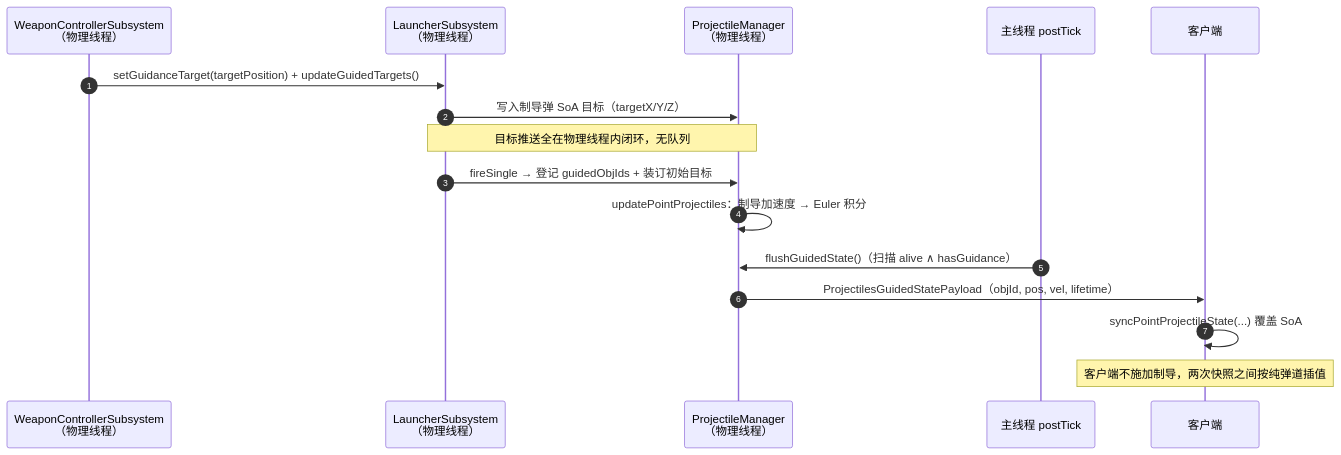
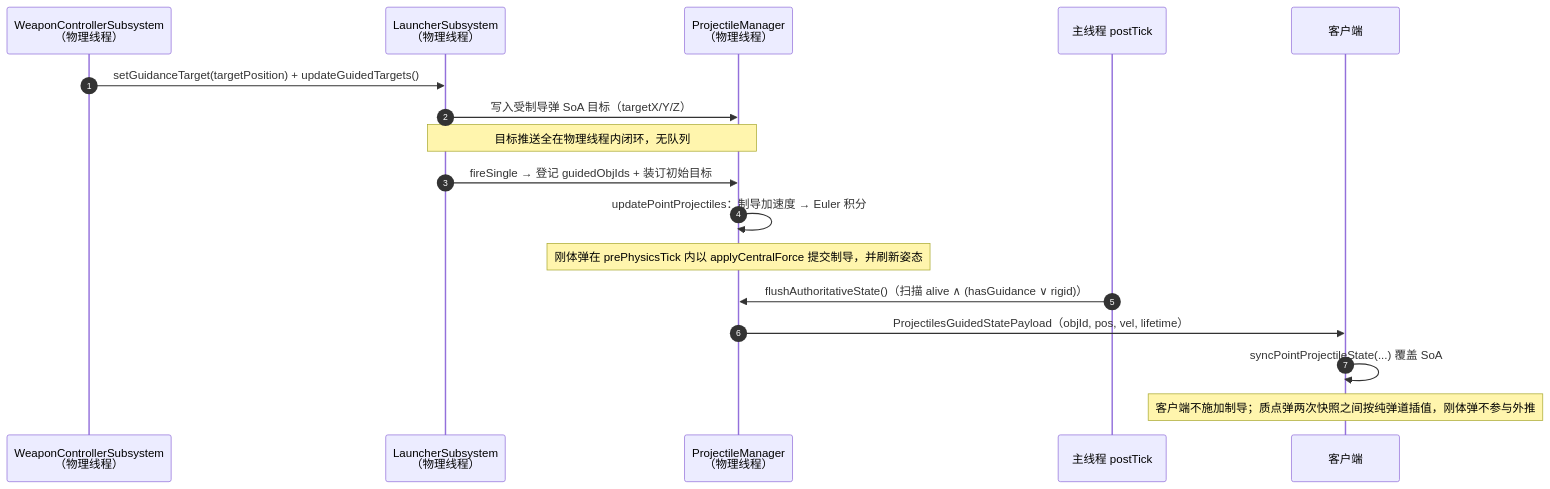
Before and after one commit to Sweetzonzi/Machine-Max: the diagram in docs/武器系统-制导组件实现备忘.md, drawn with Mermaid. The commit also changed other lines of this file and 10 other files, not shown here.

````diff
--- a/docs/武器系统-制导组件实现备忘.md
+++ b/docs/武器系统-制导组件实现备忘.md
@@ -316,19 +335,20 @@
 ```mermaid
 sequenceDiagram
     autonumber
     participant W as WeaponControllerSubsystem<br/>（物理线程）
     participant L as LauncherSubsystem<br/>（物理线程）
     participant M as ProjectileManager<br/>（物理线程）
     participant T as 主线程 postTick
     participant C as 客户端
 
     W->>L: setGuidanceTarget(targetPosition) + updateGuidedTargets()
-    L->>M: 写入制导弹 SoA 目标（targetX/Y/Z）
+    L->>M: 写入受制导弹 SoA 目标（targetX/Y/Z）
     Note over L,M: 目标推送全在物理线程内闭环，无队列
     L->>M: fireSingle → 登记 guidedObjIds + 装订初始目标
     M->>M: updatePointProjectiles：制导加速度 → Euler 积分
-    T->>M: flushGuidedState()（扫描 alive ∧ hasGuidance）
+    Note over M: 刚体弹在 prePhysicsTick 内以 applyCentralForce 提交制导，并刷新姿态
+    T->>M: flushAuthoritativeState()（扫描 alive ∧ (hasGuidance ∨ rigid)）
     M->>C: ProjectilesGuidedStatePayload（objId, pos, vel, lifetime）
     C->>C: syncPointProjectileState(...) 覆盖 SoA
-    Note over C: 客户端不施加制导，两次快照之间按纯弹道插值
+    Note over C: 客户端不施加制导；质点弹两次快照之间按纯弹道插值，刚体弹不参与外推
 ```
````
